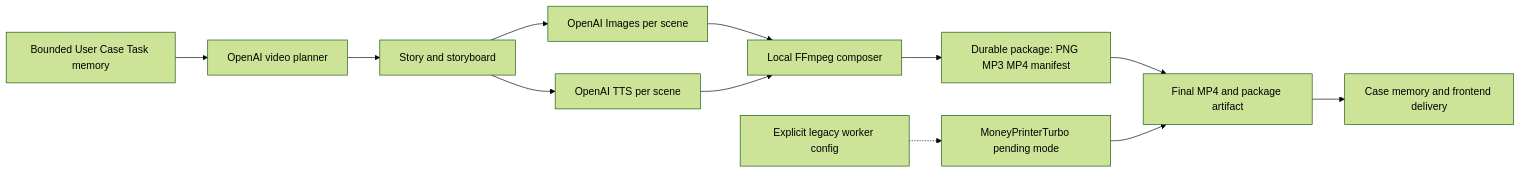
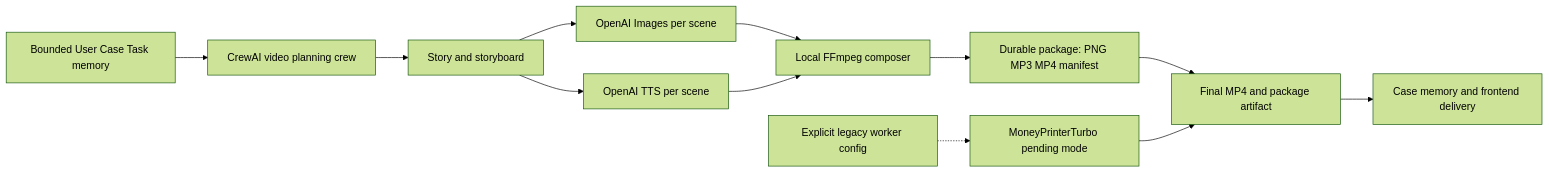
One commit to udit79/Sudarshan_agentic_core changed the eighth of 9 diagrams in docs/internal/pipeline-orchestration.md. Above: the diagram before and after it, drawn with Mermaid (forest theme). The commit also changed other lines of this file and 43 other files, not shown here.

````diff
--- a/docs/internal/pipeline-orchestration.md
+++ b/docs/internal/pipeline-orchestration.md
@@ -301,14 +320,14 @@
 ```mermaid
 flowchart LR
-    M[Bounded User Case Task memory] --> P[OpenAI video planner]
+    M[Bounded User Case Task memory] --> P[CrewAI video planning crew]
     P --> SB[Story and storyboard]
     SB --> IMG[OpenAI Images per scene]
     SB --> TTS[OpenAI TTS per scene]
     IMG --> FF[Local FFmpeg composer]
     TTS --> FF
     FF --> PKG[Durable package: PNG MP3 MP4 manifest]
     PKG --> V[Final MP4 and package artifact]
     V --> C[Case memory and frontend delivery]
     LEG[Explicit legacy worker config] -.-> LEGACY[MoneyPrinterTurbo pending mode]
     LEGACY --> V
 ```
````
